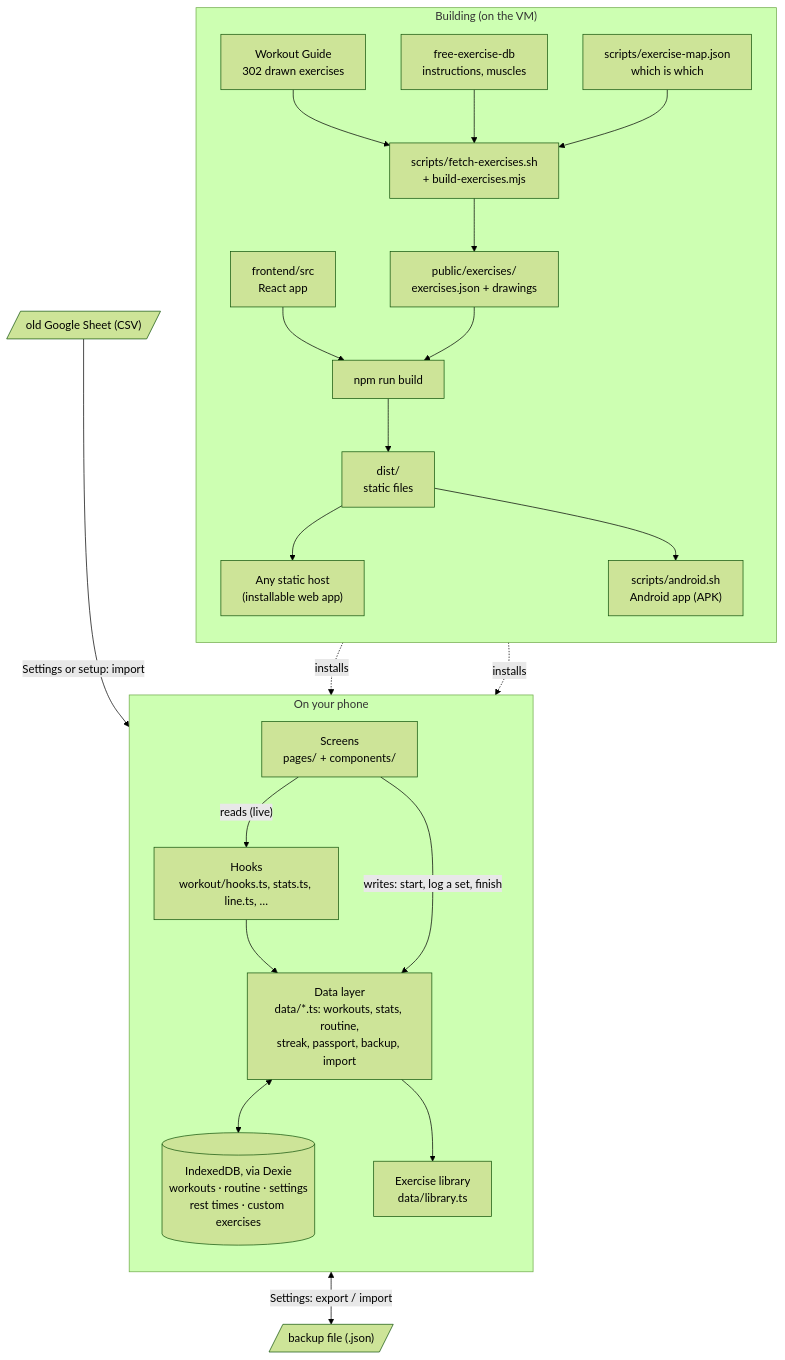
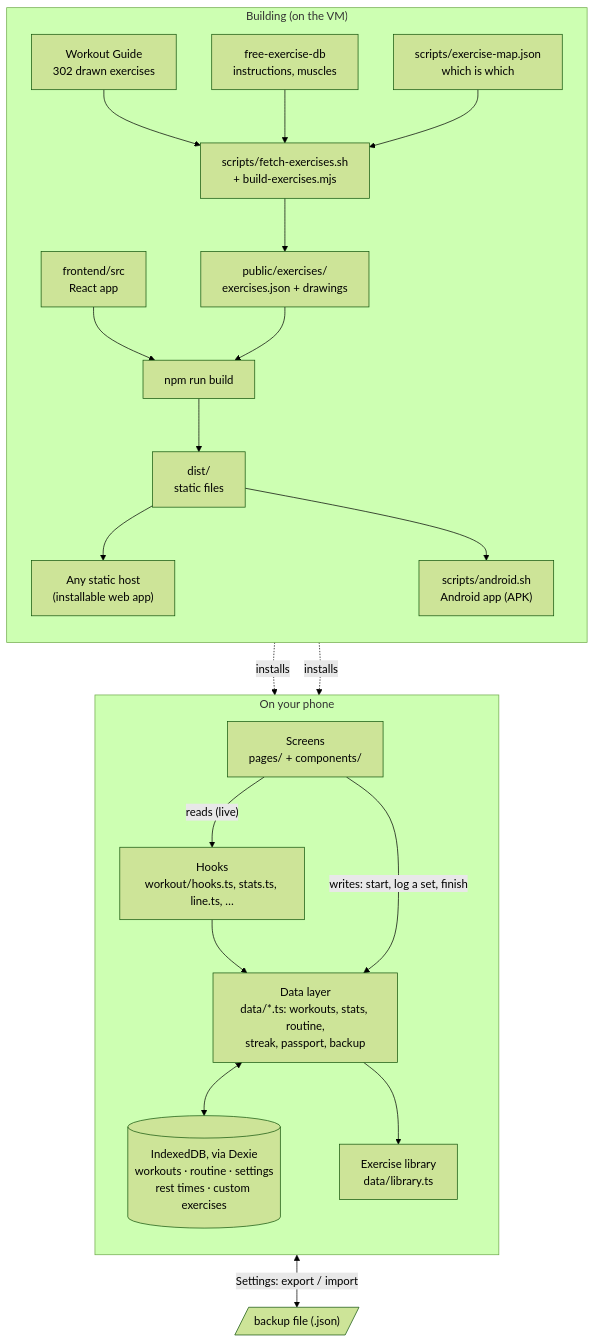
The first of 3 diagrams in docs/how-it-works.md (Wijnandvdm/gains-train), drawn with Mermaid (forest theme) before and after one commit. The commit also changed other lines of this file and 20 other files, not shown here.

Commit message:
removed old sheet import

````diff
--- a/docs/how-it-works.md
+++ b/docs/how-it-works.md
@@ -10,34 +10,33 @@
 ```mermaid
 flowchart TB
   subgraph build["Building (on the VM)"]
     direction TB
     WG["Workout Guide<br/>302 drawn exercises"] --> BX["scripts/fetch-exercises.sh<br/>+ build-exercises.mjs"]
     FED["free-exercise-db<br/>instructions, muscles"] --> BX
     MAP["scripts/exercise-map.json<br/>which is which"] --> BX
     BX --> LIB["public/exercises/<br/>exercises.json + drawings"]
     SRC["frontend/src<br/>React app"] --> VITE["npm run build"]
     LIB --> VITE
     VITE --> DIST["dist/<br/>static files"]
     DIST --> WEB["Any static host<br/>(installable web app)"]
     DIST --> APK["scripts/android.sh<br/>Android app (APK)"]
   end
 
   subgraph phone["On your phone"]
     direction TB
     UI["Screens<br/>pages/ + components/"]
     HOOKS["Hooks<br/>workout/hooks.ts, stats.ts, line.ts, …"]
-    DATA["Data layer<br/>data/*.ts: workouts, stats, routine,<br/>streak, passport, backup, import"]
+    DATA["Data layer<br/>data/*.ts: workouts, stats, routine,<br/>streak, passport, backup"]
     DB[("IndexedDB, via Dexie<br/>workouts · routine · settings<br/>rest times · custom exercises")]
     LIBC["Exercise library<br/>data/library.ts"]
     UI -- "reads (live)" --> HOOKS
     HOOKS --> DATA
     UI -- "writes: start, log a set, finish" --> DATA
     DATA <--> DB
     DATA --> LIBC
   end
 
   WEB -. installs .-> phone
   APK -. installs .-> phone
   DATA <-- "Settings: export / import" --> BACKUP[/"backup file (.json)"/]
-  CSV[/"old Google Sheet (CSV)"/] -- "Settings or setup: import" --> DATA
 ```
````
